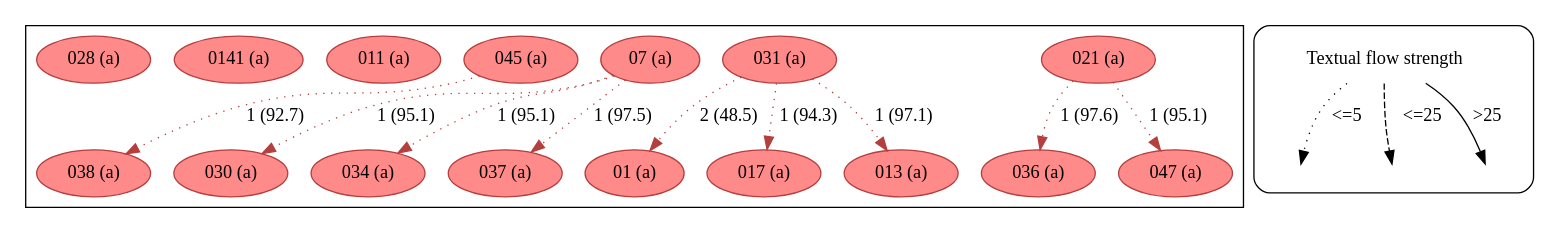
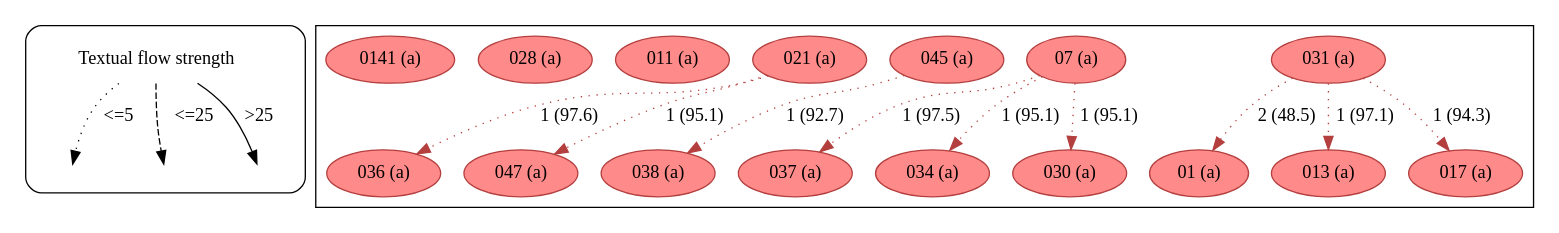
Before and after one commit to edmondac/CBGM: the diagram in example/c2/textual_flow_22_40_c2_a.dot, drawn with Graphviz. The commit also changed other lines of this file and 800 other files, not shown here.

```diff
--- a/example/c2/textual_flow_22_40_c2_a.dot
+++ b/example/c2/textual_flow_22_40_c2_a.dot
@@ -1,119 +1,119 @@
 strict digraph  {
 	node [label="\N"];
-	subgraph cluster_reading {
-		021		 [color="#b43f3f",
-			fillcolor="#FF8A8A",
-			label="021 (a)",
-			style=filled];
-		036		 [color="#b43f3f",
-			fillcolor="#FF8A8A",
-			label="036 (a)",
-			style=filled];
-		021 -> 036		 [color="#b43f3f",
-			label="1 (97.6)",
-			style=dotted];
-		047		 [color="#b43f3f",
-			fillcolor="#FF8A8A",
-			label="047 (a)",
-			style=filled];
-		021 -> 047		 [color="#b43f3f",
-			label="1 (95.1)",
-			style=dotted];
-		031		 [color="#b43f3f",
-			fillcolor="#FF8A8A",
-			label="031 (a)",
-			style=filled];
-		01		 [color="#b43f3f",
-			fillcolor="#FF8A8A",
-			label="01 (a)",
-			style=filled];
-		031 -> 01		 [color="#b43f3f",
-			label="2 (48.5)",
-			style=dotted];
-		017		 [color="#b43f3f",
-			fillcolor="#FF8A8A",
-			label="017 (a)",
-			style=filled];
-		031 -> 017		 [color="#b43f3f",
-			label="1 (94.3)",
-			style=dotted];
-		013		 [color="#b43f3f",
-			fillcolor="#FF8A8A",
-			label="013 (a)",
-			style=filled];
-		031 -> 013		 [color="#b43f3f",
-			label="1 (97.1)",
-			style=dotted];
-		07		 [color="#b43f3f",
-			fillcolor="#FF8A8A",
-			label="07 (a)",
-			style=filled];
-		030		 [color="#b43f3f",
-			fillcolor="#FF8A8A",
-			label="030 (a)",
-			style=filled];
-		07 -> 030		 [color="#b43f3f",
-			label="1 (95.1)",
-			style=dotted];
-		034		 [color="#b43f3f",
-			fillcolor="#FF8A8A",
-			label="034 (a)",
-			style=filled];
-		07 -> 034		 [color="#b43f3f",
-			label="1 (95.1)",
-			style=dotted];
-		037		 [color="#b43f3f",
-			fillcolor="#FF8A8A",
-			label="037 (a)",
-			style=filled];
-		07 -> 037		 [color="#b43f3f",
-			label="1 (97.5)",
-			style=dotted];
-		045		 [color="#b43f3f",
-			fillcolor="#FF8A8A",
-			label="045 (a)",
-			style=filled];
-		038		 [color="#b43f3f",
-			fillcolor="#FF8A8A",
-			label="038 (a)",
-			style=filled];
-		045 -> 038		 [color="#b43f3f",
-			label="1 (92.7)",
-			style=dotted];
-		011		 [color="#b43f3f",
-			fillcolor="#FF8A8A",
-			label="011 (a)",
-			style=filled];
-		0141		 [color="#b43f3f",
-			fillcolor="#FF8A8A",
-			label="0141 (a)",
-			style=filled];
-		028		 [color="#b43f3f",
-			fillcolor="#FF8A8A",
-			label="028 (a)",
-			style=filled];
-	}
 	subgraph cluster_legend {
 		graph [style=rounded];
 		leg_s		 [label="Textual flow strength",
 			shape=plaintext];
 		leg_e1		 [fixedsize=True,
 			height=0.2,
 			label="",
 			style=invis];
 		leg_s -> leg_e1		 [label="<=5  ",
 			style=dotted];
 		leg_e2		 [fixedsize=True,
 			height=0.2,
 			label="",
 			style=invis];
 		leg_s -> leg_e2		 [label="  <=25",
 			style=dashed];
 		leg_e3		 [fixedsize=True,
 			height=0.2,
 			label="",
 			style=invis];
 		leg_s -> leg_e3		 [label=">25",
 			style=solid];
 	}
+	subgraph cluster_reading {
+		031		 [color="#b43f3f",
+			fillcolor="#FF8A8A",
+			label="031 (a)",
+			style=filled];
+		01		 [color="#b43f3f",
+			fillcolor="#FF8A8A",
+			label="01 (a)",
+			style=filled];
+		031 -> 01		 [color="#b43f3f",
+			label="2 (48.5)",
+			style=dotted];
+		013		 [color="#b43f3f",
+			fillcolor="#FF8A8A",
+			label="013 (a)",
+			style=filled];
+		031 -> 013		 [color="#b43f3f",
+			label="1 (97.1)",
+			style=dotted];
+		017		 [color="#b43f3f",
+			fillcolor="#FF8A8A",
+			label="017 (a)",
+			style=filled];
+		031 -> 017		 [color="#b43f3f",
+			label="1 (94.3)",
+			style=dotted];
+		07		 [color="#b43f3f",
+			fillcolor="#FF8A8A",
+			label="07 (a)",
+			style=filled];
+		037		 [color="#b43f3f",
+			fillcolor="#FF8A8A",
+			label="037 (a)",
+			style=filled];
+		07 -> 037		 [color="#b43f3f",
+			label="1 (97.5)",
+			style=dotted];
+		034		 [color="#b43f3f",
+			fillcolor="#FF8A8A",
+			label="034 (a)",
+			style=filled];
+		07 -> 034		 [color="#b43f3f",
+			label="1 (95.1)",
+			style=dotted];
+		030		 [color="#b43f3f",
+			fillcolor="#FF8A8A",
+			label="030 (a)",
+			style=filled];
+		07 -> 030		 [color="#b43f3f",
+			label="1 (95.1)",
+			style=dotted];
+		045		 [color="#b43f3f",
+			fillcolor="#FF8A8A",
+			label="045 (a)",
+			style=filled];
+		038		 [color="#b43f3f",
+			fillcolor="#FF8A8A",
+			label="038 (a)",
+			style=filled];
+		045 -> 038		 [color="#b43f3f",
+			label="1 (92.7)",
+			style=dotted];
+		021		 [color="#b43f3f",
+			fillcolor="#FF8A8A",
+			label="021 (a)",
+			style=filled];
+		036		 [color="#b43f3f",
+			fillcolor="#FF8A8A",
+			label="036 (a)",
+			style=filled];
+		021 -> 036		 [color="#b43f3f",
+			label="1 (97.6)",
+			style=dotted];
+		047		 [color="#b43f3f",
+			fillcolor="#FF8A8A",
+			label="047 (a)",
+			style=filled];
+		021 -> 047		 [color="#b43f3f",
+			label="1 (95.1)",
+			style=dotted];
+		011		 [color="#b43f3f",
+			fillcolor="#FF8A8A",
+			label="011 (a)",
+			style=filled];
+		028		 [color="#b43f3f",
+			fillcolor="#FF8A8A",
+			label="028 (a)",
+			style=filled];
+		0141		 [color="#b43f3f",
+			fillcolor="#FF8A8A",
+			label="0141 (a)",
+			style=filled];
+	}
 }
```
